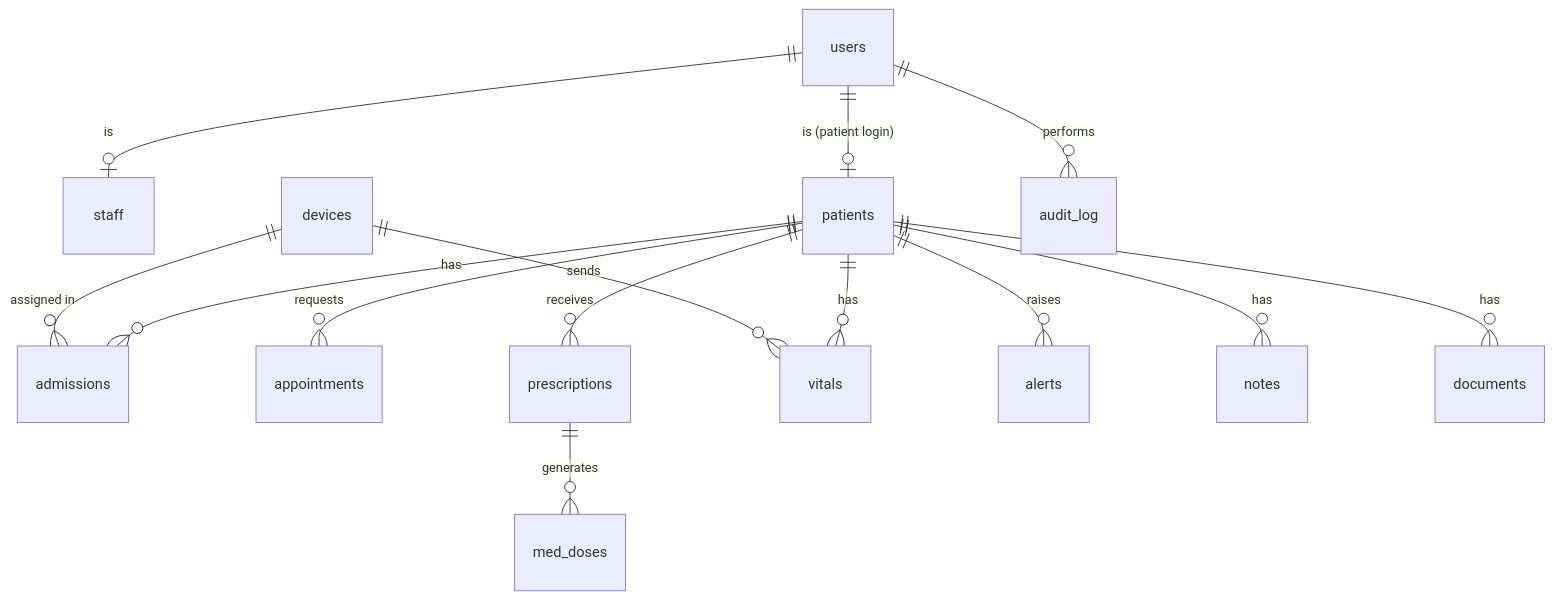
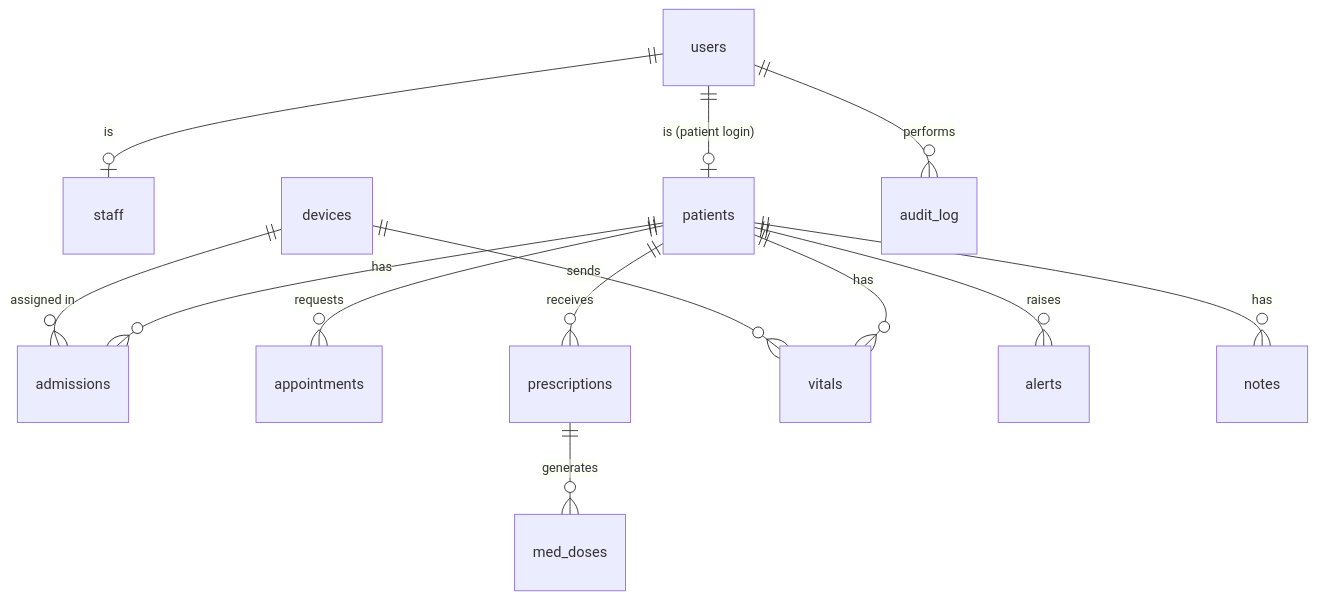
The diagram in docs/contracts/data-model.md (Faouzi-Blibech/smarty-hospital-), drawn with Mermaid before and after one commit. The commit also changed other lines of this file and 12 other files, not shown here.

````diff
--- a/docs/contracts/data-model.md
+++ b/docs/contracts/data-model.md
@@ -10,16 +10,15 @@
 ```mermaid
 erDiagram
   users ||--o| staff : "is"
   users ||--o| patients : "is (patient login)"
   patients ||--o{ admissions : has
   devices ||--o{ admissions : "assigned in"
   patients ||--o{ appointments : requests
   patients ||--o{ prescriptions : receives
   prescriptions ||--o{ med_doses : generates
   patients ||--o{ vitals : has
   devices ||--o{ vitals : sends
   patients ||--o{ alerts : raises
   patients ||--o{ notes : has
-  patients ||--o{ documents : has
   users ||--o{ audit_log : performs
 ```
````
